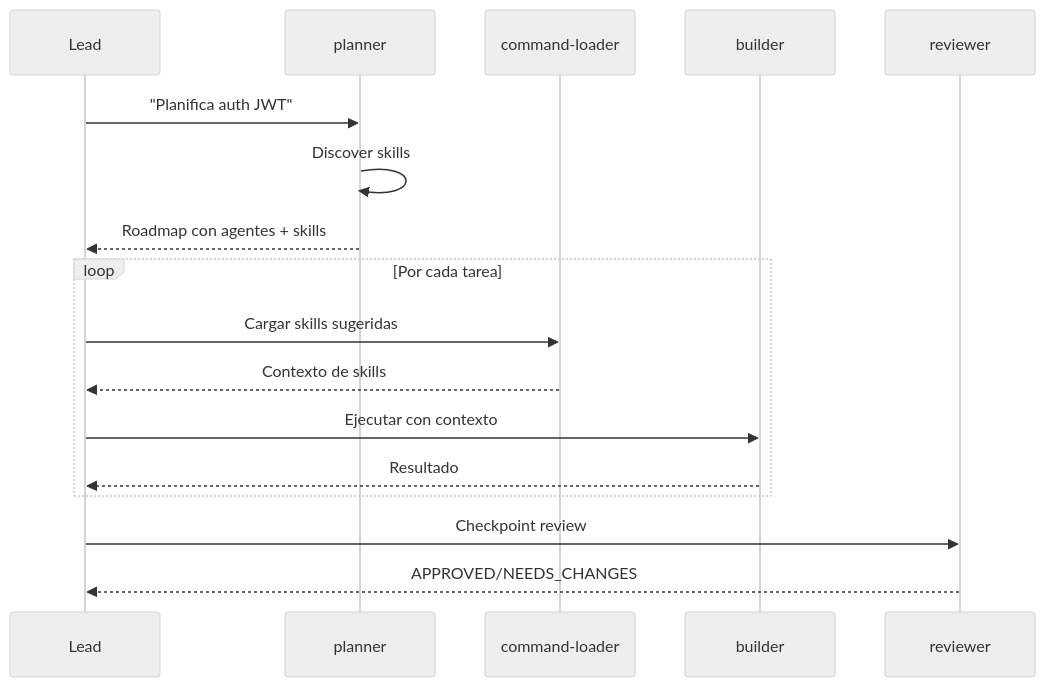
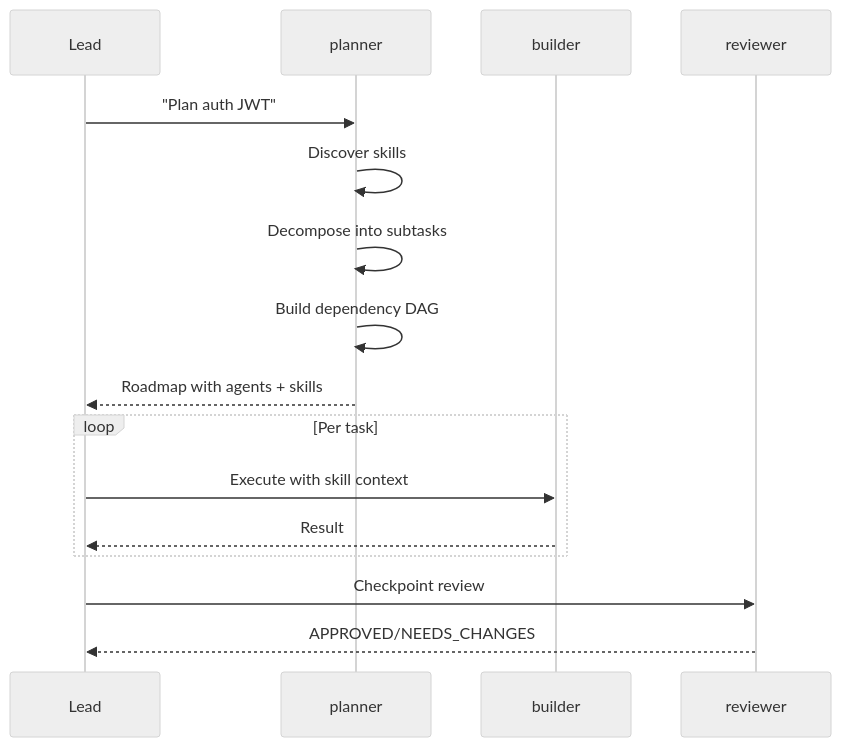
Before and after one commit to MaciWP/claude-code-poneglyph: the diagram in .claude/agents/planner.md, drawn with Mermaid (neutral theme). The commit also changed other lines of this file and 225 other files, not shown here.

First line of the commit message:
refactor: consolidate orchestration — remove redundant agents, skills, hooks and specs

````diff
--- a/.claude/agents/planner.md
+++ b/.claude/agents/planner.md
@@ -341,22 +328,21 @@
 ```mermaid
 sequenceDiagram
     participant L as Lead
     participant P as planner
-    participant CL as command-loader
     participant B as builder
     participant R as reviewer
 
-    L->>P: "Planifica auth JWT"
+    L->>P: "Plan auth JWT"
     P->>P: Discover skills
-    P-->>L: Roadmap con agentes + skills
+    P->>P: Decompose into subtasks
+    P->>P: Build dependency DAG
+    P-->>L: Roadmap with agents + skills
 
-    loop Por cada tarea
-        L->>CL: Cargar skills sugeridas
-        CL-->>L: Contexto de skills
-        L->>B: Ejecutar con contexto
-        B-->>L: Resultado
+    loop Per task
+        L->>B: Execute with skill context
+        B-->>L: Result
     end
 
     L->>R: Checkpoint review
     R-->>L: APPROVED/NEEDS_CHANGES
 ```
````
